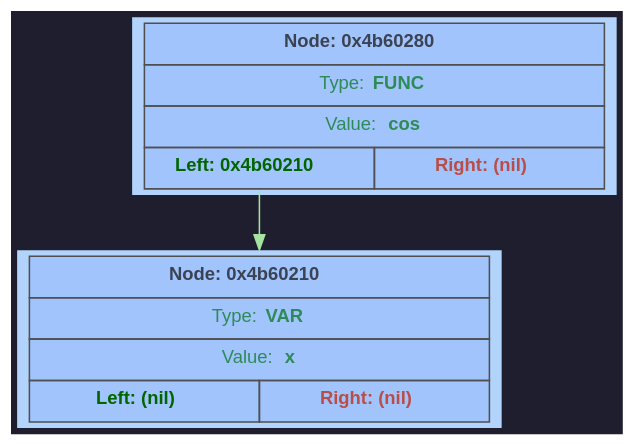
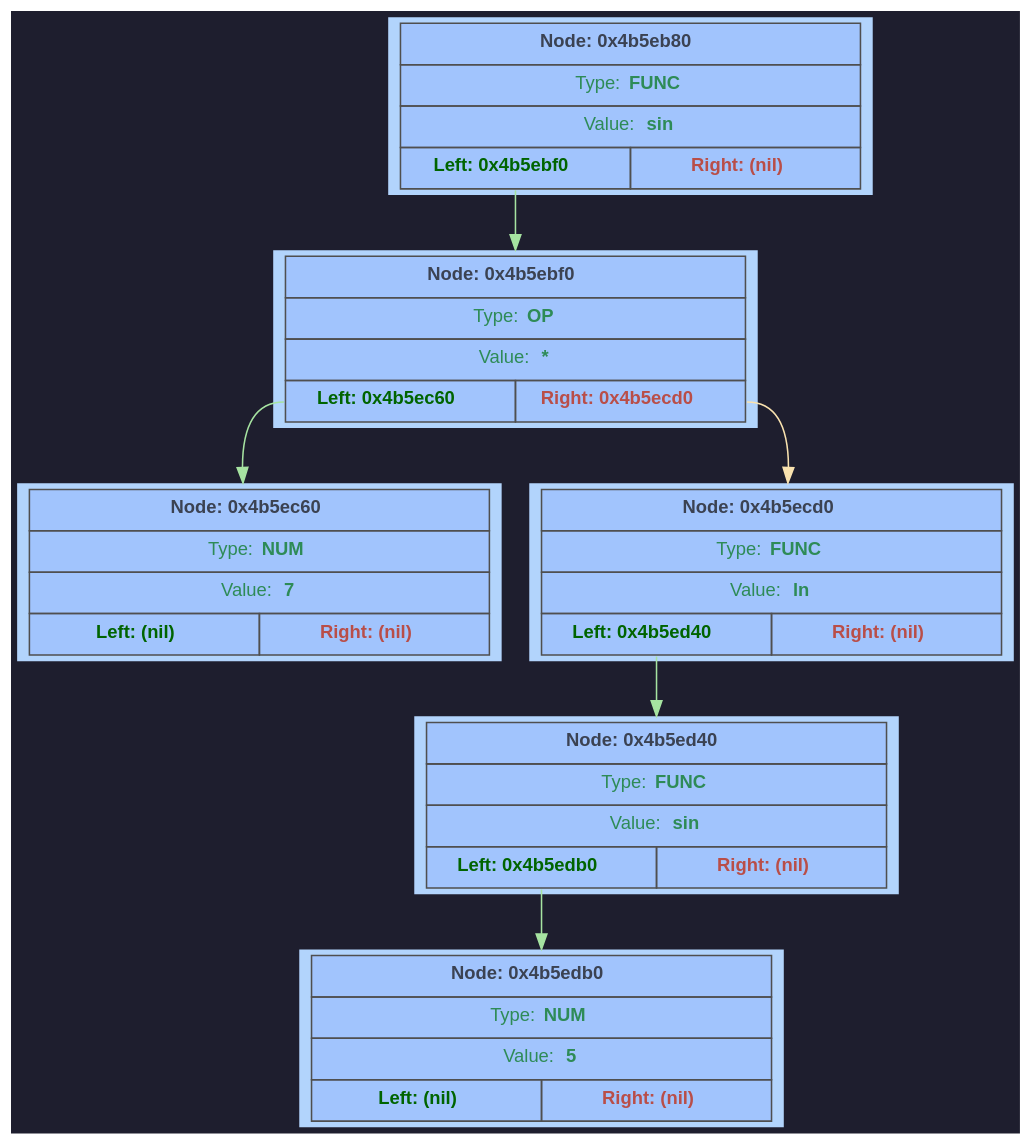
Before and after one commit to F1merhub/Differencator: the diagram in GraphDump/dump.dot, drawn with Graphviz. The commit also changed 8 other files, not shown here.

```diff
--- a/GraphDump/dump.dot
+++ b/GraphDump/dump.dot
@@ -1,26 +1,70 @@
 digraph G {
 	rankdir = TB;
 	bgcolor="#1e1e2e";
 	node [shape=rectangle, style=filled, fontname=Helvetica, fontsize=12, fillcolor="#89b4fa", color="#cba6f7", fontcolor="#1e1e2e"];
-	node0x4b60280 [shape=plaintext; style=filled; color="#fcf0d2"; fillcolor="#b2d4fc"; label = <
+	node0x4b5eb80 [shape=plaintext; style=filled; color="#fcf0d2"; fillcolor="#b2d4fc"; label = <
 		<table BORDER="0" CELLBORDER="1" CELLSPACING="0" CELLPADDING="6" BGCOLOR="#a1c4fd" COLOR="#4f4f4f">
-			<tr><td align='center' colspan='2'><FONT COLOR='#3b4252'><b>Node: 0x4b60280</b></FONT></td></tr>
+			<tr><td align='center' colspan='2'><FONT COLOR='#3b4252'><b>Node: 0x4b5eb80</b></FONT></td></tr>
 			<tr><td align='center' colspan='2'><FONT COLOR='#2e8b57'>Type: <b>FUNC</b></FONT></td></tr>
-			<tr><td align='center' colspan='2'><FONT COLOR='#2e8b57'>Value: <b>cos</b></FONT></td></tr>
+			<tr><td align='center' colspan='2'><FONT COLOR='#2e8b57'>Value: <b>sin</b></FONT></td></tr>
 			<tr>
-				<td WIDTH='150' PORT='left' align='center'><FONT COLOR='#006400'><b>Left: 0x4b60210</b></FONT></td>
+				<td WIDTH='150' PORT='left' align='center'><FONT COLOR='#006400'><b>Left: 0x4b5ebf0</b></FONT></td>
 				<td WIDTH='150' PORT='right' align='center'><FONT COLOR='#b94e48'><b>Right: (nil)</b></FONT></td>
 			</tr>
 		</table> >];
-	node0x4b60210 [shape=plaintext; style=filled; color="#fcf0d2"; fillcolor="#b2d4fc"; label = <
+	node0x4b5ebf0 [shape=plaintext; style=filled; color="#fcf0d2"; fillcolor="#b2d4fc"; label = <
 		<table BORDER="0" CELLBORDER="1" CELLSPACING="0" CELLPADDING="6" BGCOLOR="#a1c4fd" COLOR="#4f4f4f">
-			<tr><td align='center' colspan='2'><FONT COLOR='#3b4252'><b>Node: 0x4b60210</b></FONT></td></tr>
-			<tr><td align='center' colspan='2'><FONT COLOR='#2e8b57'>Type: <b>VAR</b></FONT></td></tr>
-			<tr><td align='center' colspan='2'><FONT COLOR='#2e8b57'>Value: <b>x</b></FONT></td></tr>
+			<tr><td align='center' colspan='2'><FONT COLOR='#3b4252'><b>Node: 0x4b5ebf0</b></FONT></td></tr>
+			<tr><td align='center' colspan='2'><FONT COLOR='#2e8b57'>Type: <b>OP</b></FONT></td></tr>
+			<tr><td align='center' colspan='2'><FONT COLOR='#2e8b57'>Value: <b>*</b></FONT></td></tr>
+			<tr>
+				<td WIDTH='150' PORT='left' align='center'><FONT COLOR='#006400'><b>Left: 0x4b5ec60</b></FONT></td>
+				<td WIDTH='150' PORT='right' align='center'><FONT COLOR='#b94e48'><b>Right: 0x4b5ecd0</b></FONT></td>
+			</tr>
+		</table> >];
+	node0x4b5ec60 [shape=plaintext; style=filled; color="#fcf0d2"; fillcolor="#b2d4fc"; label = <
+		<table BORDER="0" CELLBORDER="1" CELLSPACING="0" CELLPADDING="6" BGCOLOR="#a1c4fd" COLOR="#4f4f4f">
+			<tr><td align='center' colspan='2'><FONT COLOR='#3b4252'><b>Node: 0x4b5ec60</b></FONT></td></tr>
+			<tr><td align='center' colspan='2'><FONT COLOR='#2e8b57'>Type: <b>NUM</b></FONT></td></tr>
+			<tr><td align='center' colspan='2'><FONT COLOR='#2e8b57'>Value: <b>7</b></FONT></td></tr>
 			<tr>
 				<td WIDTH='150' PORT='left' align='center'><FONT COLOR='#006400'><b>Left: (nil)</b></FONT></td>
 				<td WIDTH='150' PORT='right' align='center'><FONT COLOR='#b94e48'><b>Right: (nil)</b></FONT></td>
 			</tr>
 		</table> >];
-	node0x4b60280:left -> node0x4b60210 [color="#a6e3a1"]
+	node0x4b5ebf0:left -> node0x4b5ec60 [color="#a6e3a1"]
+	node0x4b5ecd0 [shape=plaintext; style=filled; color="#fcf0d2"; fillcolor="#b2d4fc"; label = <
+		<table BORDER="0" CELLBORDER="1" CELLSPACING="0" CELLPADDING="6" BGCOLOR="#a1c4fd" COLOR="#4f4f4f">
+			<tr><td align='center' colspan='2'><FONT COLOR='#3b4252'><b>Node: 0x4b5ecd0</b></FONT></td></tr>
+			<tr><td align='center' colspan='2'><FONT COLOR='#2e8b57'>Type: <b>FUNC</b></FONT></td></tr>
+			<tr><td align='center' colspan='2'><FONT COLOR='#2e8b57'>Value: <b>ln</b></FONT></td></tr>
+			<tr>
+				<td WIDTH='150' PORT='left' align='center'><FONT COLOR='#006400'><b>Left: 0x4b5ed40</b></FONT></td>
+				<td WIDTH='150' PORT='right' align='center'><FONT COLOR='#b94e48'><b>Right: (nil)</b></FONT></td>
+			</tr>
+		</table> >];
+	node0x4b5ed40 [shape=plaintext; style=filled; color="#fcf0d2"; fillcolor="#b2d4fc"; label = <
+		<table BORDER="0" CELLBORDER="1" CELLSPACING="0" CELLPADDING="6" BGCOLOR="#a1c4fd" COLOR="#4f4f4f">
+			<tr><td align='center' colspan='2'><FONT COLOR='#3b4252'><b>Node: 0x4b5ed40</b></FONT></td></tr>
+			<tr><td align='center' colspan='2'><FONT COLOR='#2e8b57'>Type: <b>FUNC</b></FONT></td></tr>
+			<tr><td align='center' colspan='2'><FONT COLOR='#2e8b57'>Value: <b>sin</b></FONT></td></tr>
+			<tr>
+				<td WIDTH='150' PORT='left' align='center'><FONT COLOR='#006400'><b>Left: 0x4b5edb0</b></FONT></td>
+				<td WIDTH='150' PORT='right' align='center'><FONT COLOR='#b94e48'><b>Right: (nil)</b></FONT></td>
+			</tr>
+		</table> >];
+	node0x4b5edb0 [shape=plaintext; style=filled; color="#fcf0d2"; fillcolor="#b2d4fc"; label = <
+		<table BORDER="0" CELLBORDER="1" CELLSPACING="0" CELLPADDING="6" BGCOLOR="#a1c4fd" COLOR="#4f4f4f">
+			<tr><td align='center' colspan='2'><FONT COLOR='#3b4252'><b>Node: 0x4b5edb0</b></FONT></td></tr>
+			<tr><td align='center' colspan='2'><FONT COLOR='#2e8b57'>Type: <b>NUM</b></FONT></td></tr>
+			<tr><td align='center' colspan='2'><FONT COLOR='#2e8b57'>Value: <b>5</b></FONT></td></tr>
+			<tr>
+				<td WIDTH='150' PORT='left' align='center'><FONT COLOR='#006400'><b>Left: (nil)</b></FONT></td>
+				<td WIDTH='150' PORT='right' align='center'><FONT COLOR='#b94e48'><b>Right: (nil)</b></FONT></td>
+			</tr>
+		</table> >];
+	node0x4b5ed40:left -> node0x4b5edb0 [color="#a6e3a1"]
+	node0x4b5ecd0:left -> node0x4b5ed40 [color="#a6e3a1"]
+	node0x4b5ebf0:right -> node0x4b5ecd0 [color="#f9e2af"]
+	node0x4b5eb80:left -> node0x4b5ebf0 [color="#a6e3a1"]
 }
```
